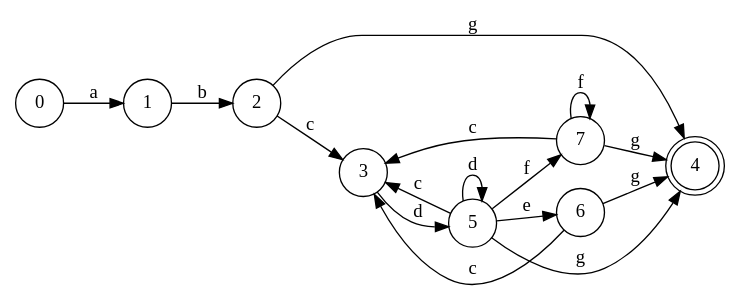
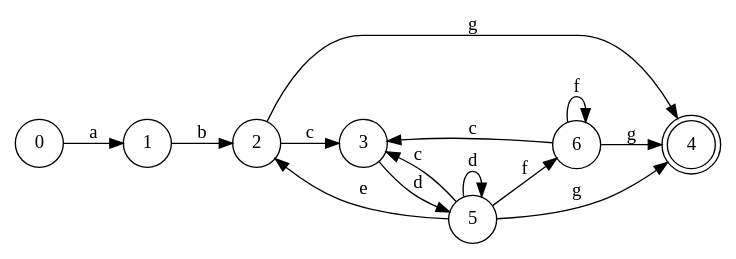
One commit to RonxBulld/Reg2FA changed the diagram in Reg2FA/t.gv. Above: the diagram before and after it, drawn with Graphviz. The commit also changed 4 other files, not shown here.

```diff
--- a/Reg2FA/t.gv
+++ b/Reg2FA/t.gv
@@ -1,21 +1,19 @@
 digraph G
 {
 	rankdir = "LR";
 	node[shape=circle];
 	4[shape=doublecircle];
 	0->1[label="a"];
 	1->2[label="b"];
 	2->3[label="c"];
 	2->4[label="g"];
 	3->5[label="d"];
 	5->3[label="c"];
 	5->5[label="d"];
-	5->6[label="e"];
-	5->7[label="f"];
+	5->2[label="e"];
+	5->6[label="f"];
 	5->4[label="g"];
 	6->3[label="c"];
+	6->6[label="f"];
 	6->4[label="g"];
-	7->3[label="c"];
-	7->7[label="f"];
-	7->4[label="g"];
 }
```
